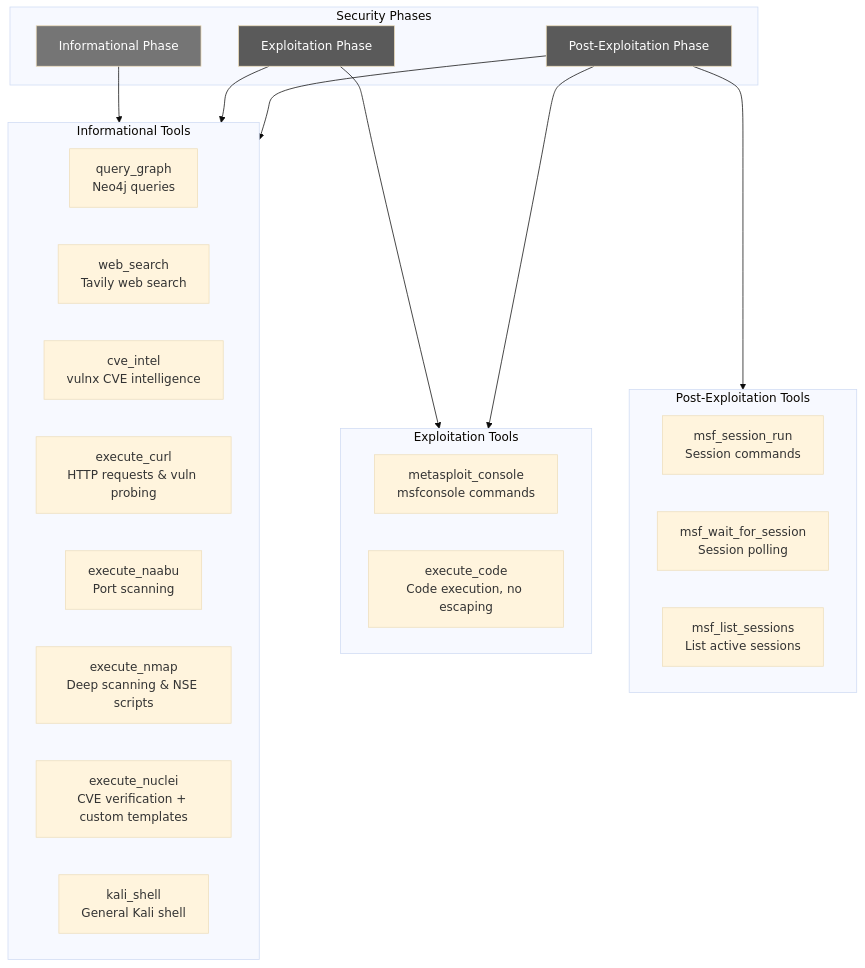
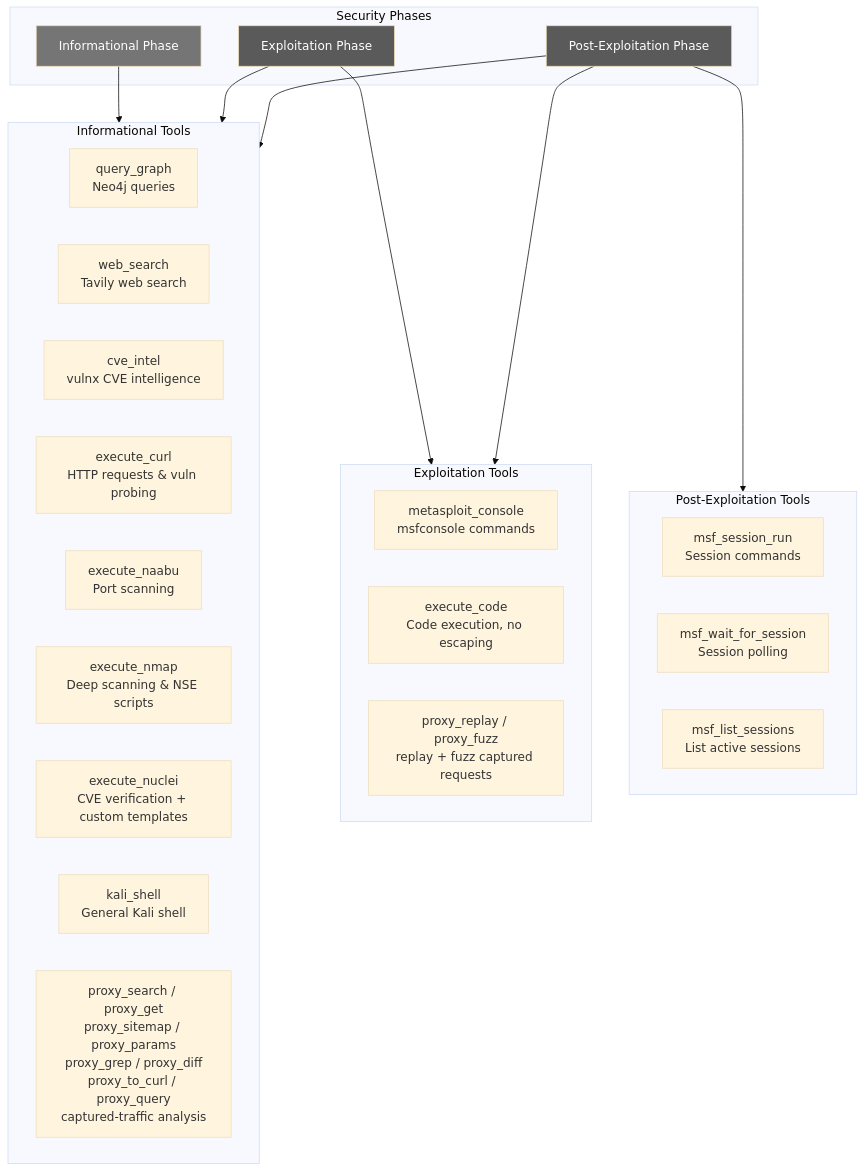
One commit to kroryan/redamon changed diagram 12 of 49 in readmes/README.AGENTIC_SYSTEM.md. Above: the diagram before and after it, drawn with Mermaid (base theme). The commit also changed other lines of this file and 64 other files, not shown here.

````diff
--- a/readmes/README.AGENTIC_SYSTEM.md
+++ b/readmes/README.AGENTIC_SYSTEM.md
@@ -1006,41 +1006,43 @@
 ```mermaid
 flowchart TB
     subgraph Phases["Security Phases"]
         INFO[Informational Phase]
         EXPL[Exploitation Phase]
         POST[Post-Exploitation Phase]
     end
 
     subgraph InfoTools["Informational Tools"]
         QG[query_graph<br/>Neo4j queries]
         WS[web_search<br/>Tavily web search]
         CVE[cve_intel<br/>vulnx CVE intelligence]
         CURL[execute_curl<br/>HTTP requests & vuln probing]
         NAABU[execute_naabu<br/>Port scanning]
         NMAP_T[execute_nmap<br/>Deep scanning & NSE scripts]
         NUCLEI_T[execute_nuclei<br/>CVE verification + custom templates]
         KALI[kali_shell<br/>General Kali shell]
+        PROXYR[proxy_search / proxy_get<br/>proxy_sitemap / proxy_params<br/>proxy_grep / proxy_diff<br/>proxy_to_curl / proxy_query<br/>captured-traffic analysis]
     end
 
     subgraph ExplTools["Exploitation Tools"]
         MSF[metasploit_console<br/>msfconsole commands]
         CODE[execute_code<br/>Code execution, no escaping]
+        PROXYA[proxy_replay / proxy_fuzz<br/>replay + fuzz captured requests]
     end
 
     subgraph PostTools["Post-Exploitation Tools"]
         SESS[msf_session_run<br/>Session commands]
         WAIT[msf_wait_for_session<br/>Session polling]
         LIST[msf_list_sessions<br/>List active sessions]
     end
 
     INFO --> InfoTools
     EXPL --> InfoTools
     EXPL --> ExplTools
     POST --> InfoTools
     POST --> ExplTools
     POST --> PostTools
 
     style INFO fill:#757575,color:#fff
     style EXPL fill:#5a5a5a,color:#fff
     style POST fill:#5a5a5a,color:#fff
 ```
````
